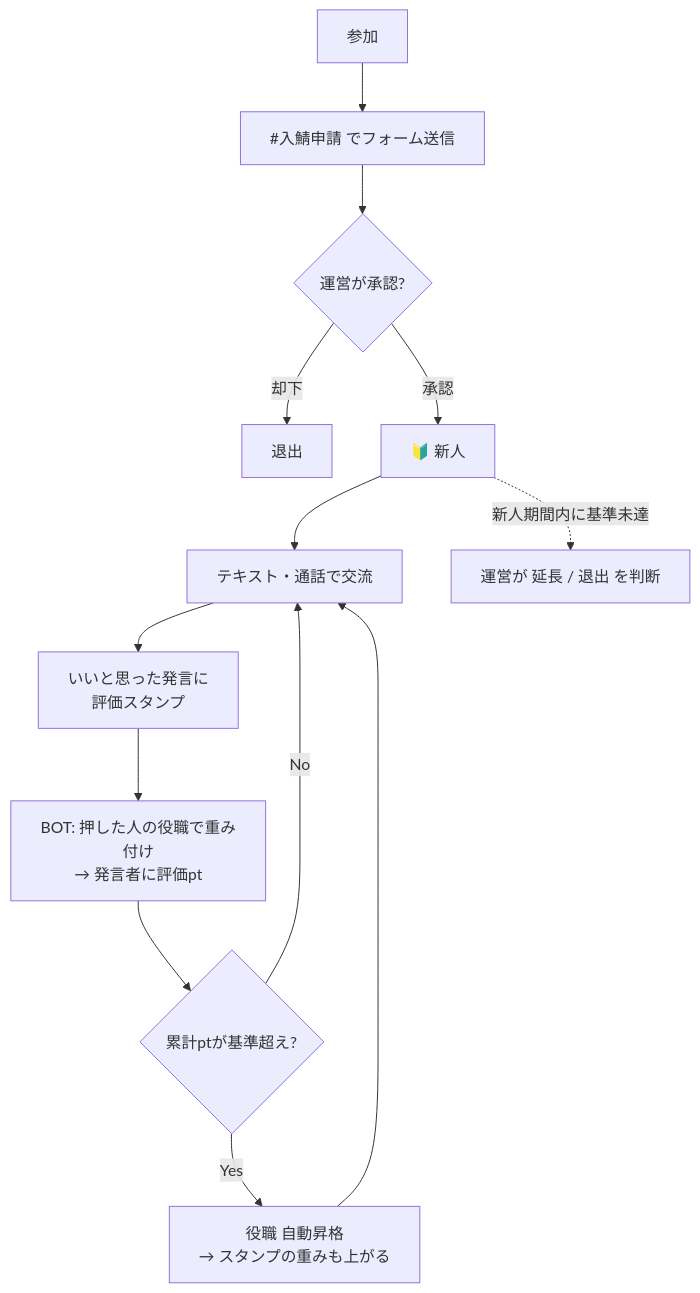
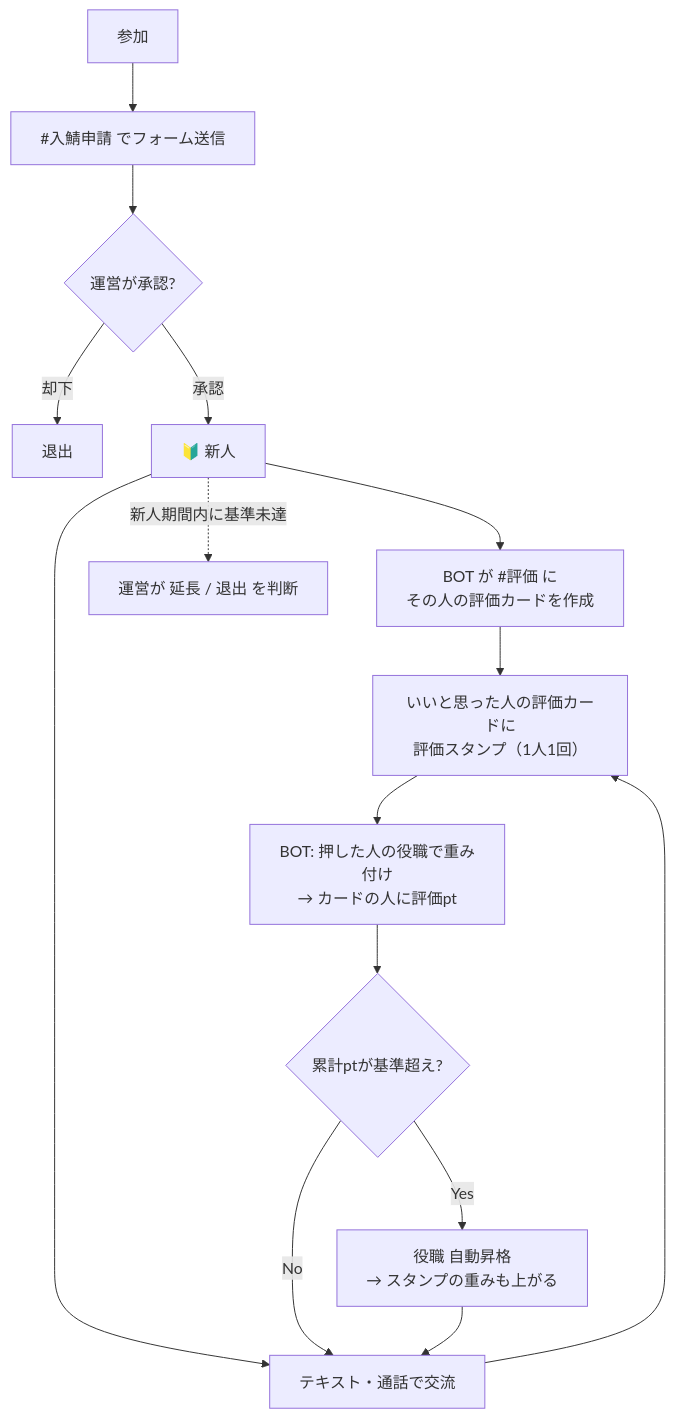
The first of 2 diagrams in docs/design.md (manakikido-jpg/evaluation), drawn with Mermaid before and after one commit. The commit also changed other lines of this file, not shown here.

````diff
--- a/docs/design.md
+++ b/docs/design.md
@@ -52,15 +57,17 @@
 ```mermaid
 flowchart TD
     A[参加] --> B[#入鯖申請 でフォーム送信]
     B --> C{運営が承認?}
     C -->|却下| X[退出]
     C -->|承認| D[🔰 新人]
+    D --> K[BOT が #評価 に<br/>その人の評価カードを作成]
     D --> E[テキスト・通話で交流]
-    E --> F[いいと思った発言に<br/>評価スタンプ]
-    F --> G[BOT: 押した人の役職で重み付け<br/>→ 発言者に評価pt]
+    E --> F[いいと思った人の評価カードに<br/>評価スタンプ（1人1回）]
+    K --> F
+    F --> G[BOT: 押した人の役職で重み付け<br/>→ カードの人に評価pt]
     G --> H{累計ptが基準超え?}
     H -->|Yes| I[役職 自動昇格<br/>→ スタンプの重みも上がる]
     H -->|No| E
     I --> E
     D -.->|新人期間内に基準未達| J[運営が 延長 / 退出 を判断]
 ```
````
